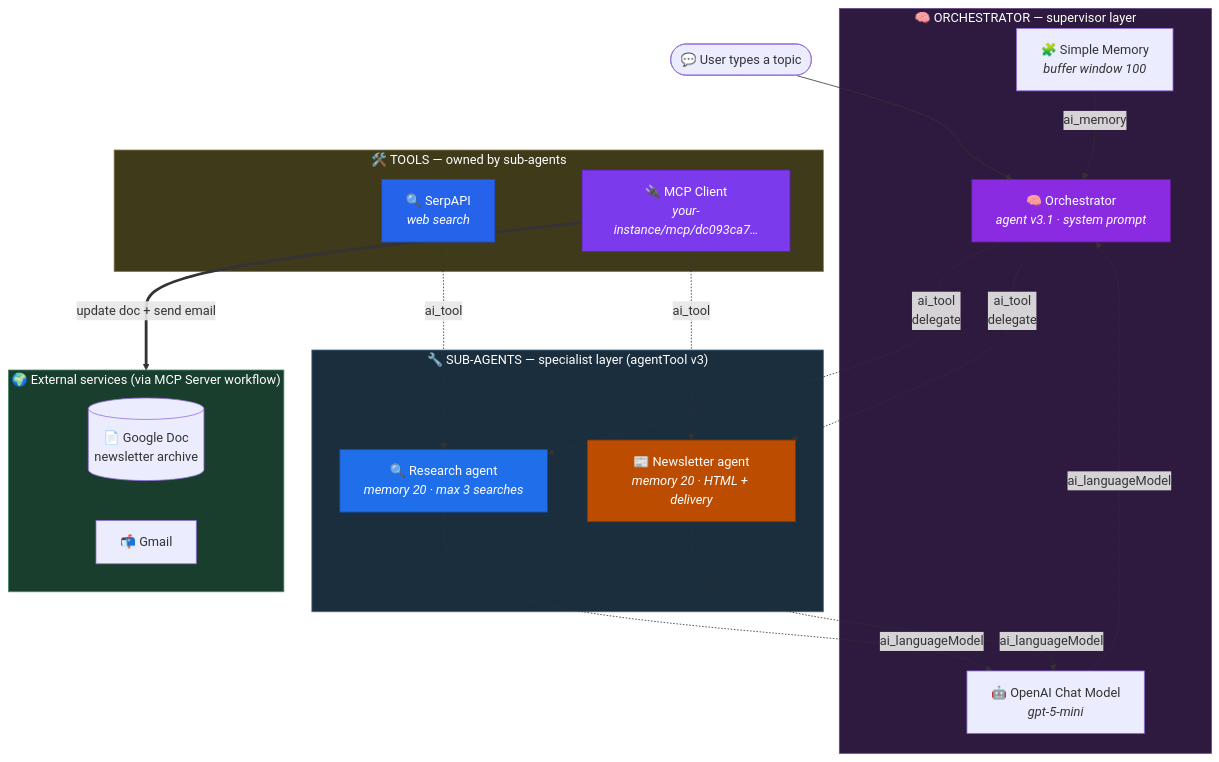
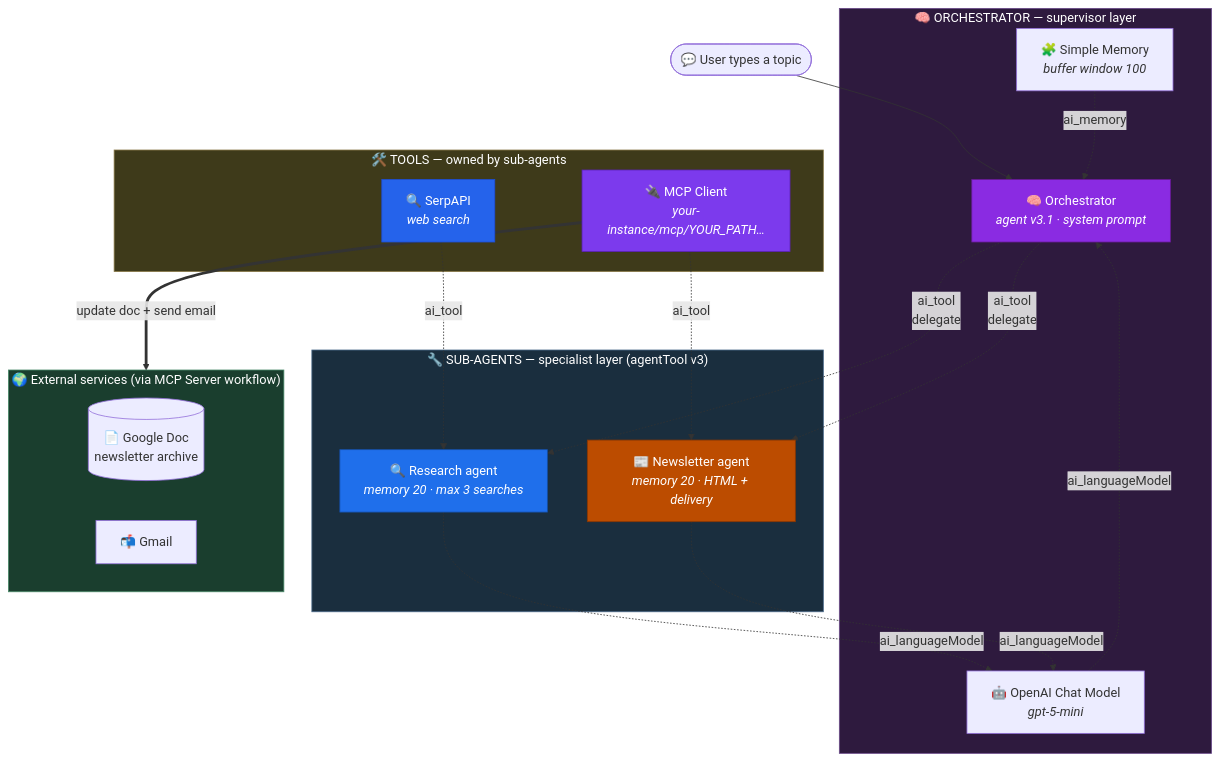
One commit to Gursimaran21/NextLeap-Multi-Agent-System-Newsletter-Agent-04-October-2026 changed the first of 2 diagrams in README.md. Above: the diagram before and after it, drawn with Mermaid. The commit also changed other lines of this file and 1 other file, not shown here.

Commit message:
chore(security): scrub instance-specific data from shared exports

````diff
--- a/README.md
+++ b/README.md
@@ -78,50 +78,50 @@
 ```mermaid
 flowchart TB
     U(["💬 User types a topic"])
 
     subgraph ORCH["🧠 ORCHESTRATOR — supervisor layer"]
         OC["🧠 Orchestrator<br/><i>agent v3.1 · system prompt</i>"]
         OM["🧩 Simple Memory<br/><i>buffer window 100</i>"]
         OL["🤖 OpenAI Chat Model<br/><i>gpt-5-mini</i>"]
     end
 
     subgraph TEAM["🔧 SUB-AGENTS — specialist layer (agentTool v3)"]
         RA["🔍 Research agent<br/><i>memory 20 · max 3 searches</i>"]
         NA["📰 Newsletter agent<br/><i>memory 20 · HTML + delivery</i>"]
     end
 
     subgraph TOOLS["🛠️ TOOLS — owned by sub-agents"]
         SA["🔍 SerpAPI<br/><i>web search</i>"]
-        MC["🔌 MCP Client<br/><i>your-instance/mcp/dc093ca7…</i>"]
+        MC["🔌 MCP Client<br/><i>your-instance/mcp/YOUR_PATH…</i>"]
     end
 
     subgraph EXTS["🌍 External services (via MCP Server workflow)"]
         DOC[("📄 Google Doc<br/>newsletter archive")]
         GM["📬 Gmail"]
     end
 
     U --> OC
     OM -.->|"ai_memory"| OC
     OL -.->|"ai_languageModel"| OC
 
     OC -.->|"ai_tool<br/>delegate"| RA
     OC -.->|"ai_tool<br/>delegate"| NA
 
     SA -.->|"ai_tool"| RA
     MC -.->|"ai_tool"| NA
 
     RA -.->|"ai_languageModel"| OL
     NA -.->|"ai_languageModel"| OL
 
     MC ==>|"update doc + send email"| EXTS
 
     style ORCH fill:#2e1a3e,color:#fff,stroke:#6a4a8a
     style TEAM fill:#1a2e3e,color:#fff,stroke:#4a6a8a
     style TOOLS fill:#3e3a1a,color:#fff,stroke:#8a7a4a
     style EXTS fill:#1a3e2e,color:#fff,stroke:#4a8a6a
     style OC fill:#8A2BE2,color:#fff,stroke:#6a1b9a
     style RA fill:#1F6FEB,color:#fff,stroke:#1550aa
     style NA fill:#BC4C00,color:#fff,stroke:#8a3600
     style SA fill:#2563EB,color:#fff,stroke:#1d4ed8
     style MC fill:#7C3AED,color:#fff,stroke:#5b21b6
 ```
````
